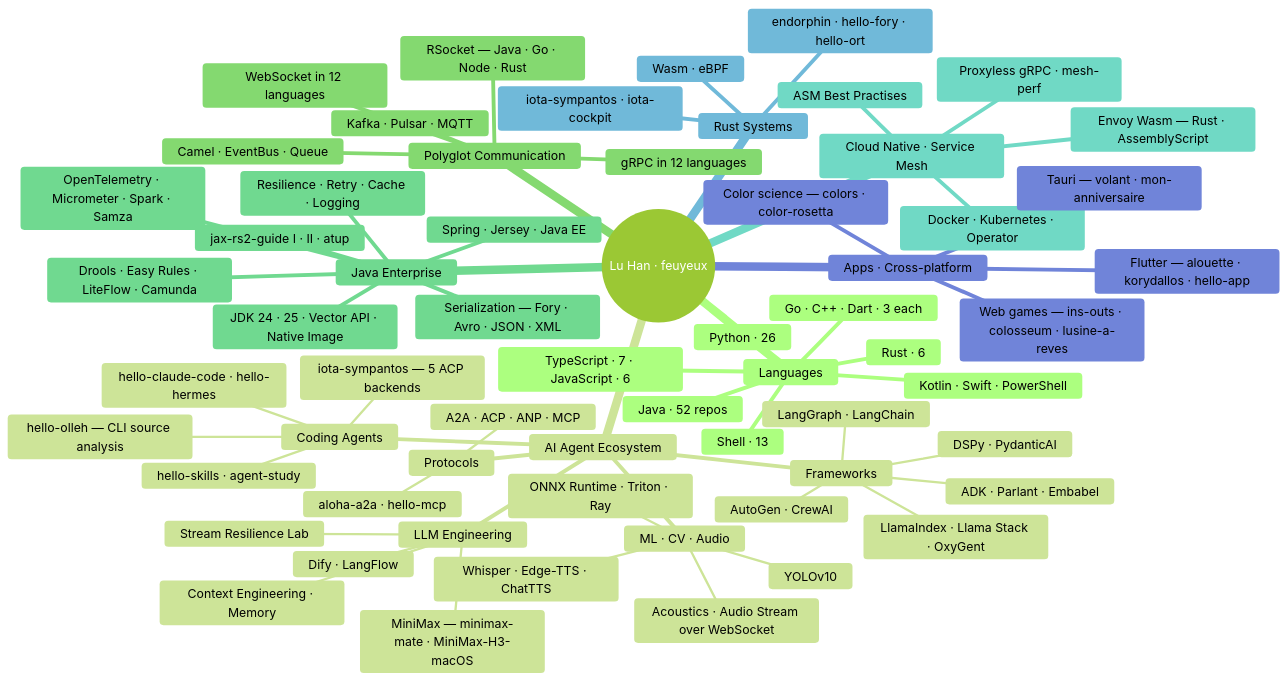
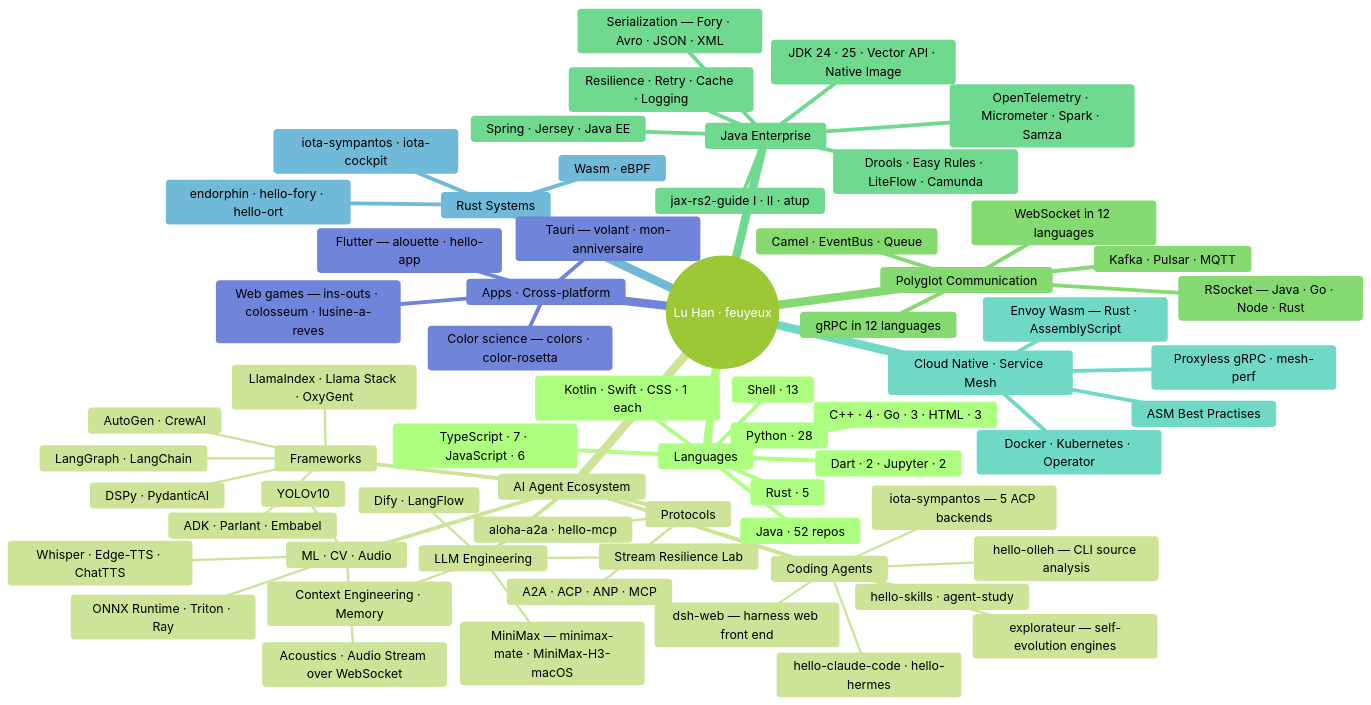
The diagram in README.md (feuyeux/feuyeux), drawn with Mermaid (forest theme) before and after one commit. The commit also changed other lines of this file, not shown here.

````diff
--- a/README.md
+++ b/README.md
@@ -91,65 +93,68 @@
 ```mermaid
 mindmap
   root((Lu Han · feuyeux))
     Languages
       Java · 52 repos
-      Python · 26
+      Python · 28
       Shell · 13
       TypeScript · 7 · JavaScript · 6
-      Rust · 6
-      Go · C++ · Dart · 3 each
-      Kotlin · Swift · PowerShell
+      Rust · 5
+      C++ · 4 · Go · 3 · HTML · 3
+      Dart · 2 · Jupyter · 2
+      Kotlin · Swift · CSS · 1 each
     AI Agent Ecosystem
       Frameworks
         LangGraph · LangChain
         DSPy · PydanticAI
         AutoGen · CrewAI
         ADK · Parlant · Embabel
         LlamaIndex · Llama Stack · OxyGent
       Protocols
         A2A · ACP · ANP · MCP
         aloha-a2a · hello-mcp
       Coding Agents
         iota-sympantos — 5 ACP backends
         hello-olleh — CLI source analysis
+        dsh-web — harness web front end
+        explorateur — self-evolution engines
         hello-claude-code · hello-hermes
         hello-skills · agent-study
       LLM Engineering
         Context Engineering · Memory
         Stream Resilience Lab
         Dify · LangFlow
         MiniMax — minimax-mate · MiniMax-H3-macOS
       ML · CV · Audio
         ONNX Runtime · Triton · Ray
         YOLOv10
         Whisper · Edge-TTS · ChatTTS
         Acoustics · Audio Stream over WebSocket
     Polyglot Communication
       gRPC in 12 languages
       WebSocket in 12 languages
       RSocket — Java · Go · Node · Rust
       Kafka · Pulsar · MQTT
       Camel · EventBus · Queue
     Java Enterprise
       jax-rs2-guide I · II · atup
       Spring · Jersey · Java EE
       Drools · Easy Rules · LiteFlow · Camunda
       Resilience · Retry · Cache · Logging
       JDK 24 · 25 · Vector API · Native Image
       Serialization — Fory · Avro · JSON · XML
       OpenTelemetry · Micrometer · Spark · Samza
     Cloud Native · Service Mesh
       ASM Best Practises
       Proxyless gRPC · mesh-perf
       Envoy Wasm — Rust · AssemblyScript
       Docker · Kubernetes · Operator
     Rust Systems
       iota-sympantos · iota-cockpit
       endorphin · hello-fory · hello-ort
       Wasm · eBPF
     Apps · Cross-platform
       Tauri — volant · mon-anniversaire
-      Flutter — alouette · korydallos · hello-app
+      Flutter — alouette · hello-app
       Web games — ins-outs · colosseum · lusine-a-reves
       Color science — colors · color-rosetta
 ```
````
